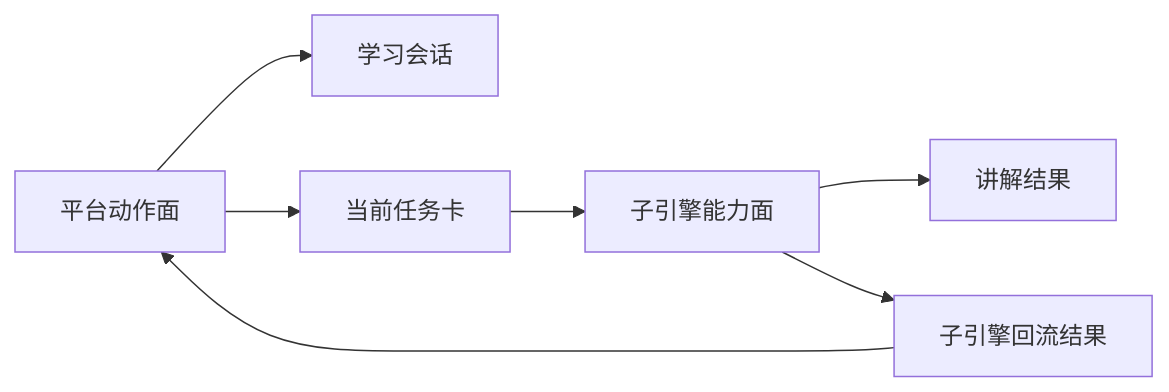
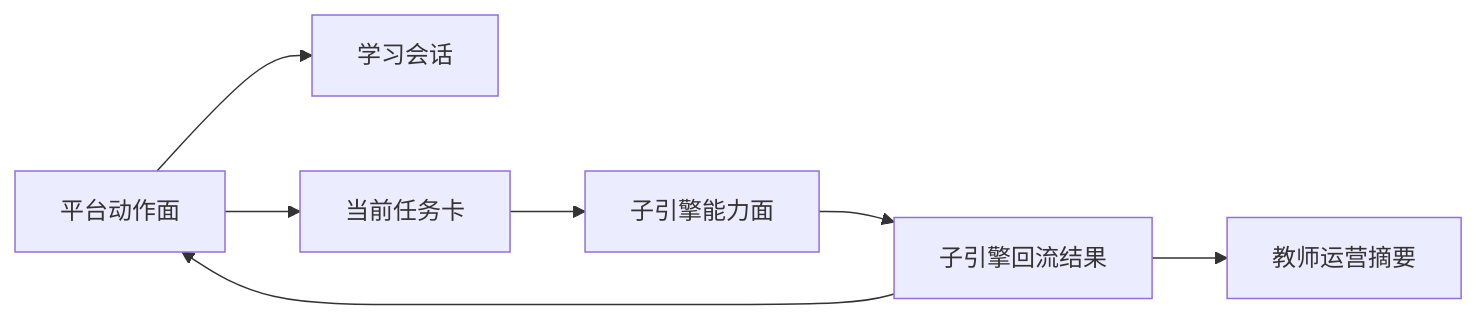
Before and after one commit to chenqsq/doc-showcase: the second of 3 diagrams in doc/智能体文档/平台层/AI主导学习平台-总体架构设计.md, drawn with Mermaid. The commit also changed other lines of this file and 20 other files, not shown here.

````diff
--- a/doc/智能体文档/平台层/AI主导学习平台-总体架构设计.md
+++ b/doc/智能体文档/平台层/AI主导学习平台-总体架构设计.md
@@ -63,9 +90,9 @@
 ```mermaid
 flowchart LR
     A[平台动作面] --> B[学习会话]
     A --> C[当前任务卡]
     C --> D[子引擎能力面]
-    D --> E[讲解结果]
-    D --> F[子引擎回流结果]
-    F --> A
+    D --> E[子引擎回流结果]
+    E --> A
+    E --> F[教师运营摘要]
 ```
````
